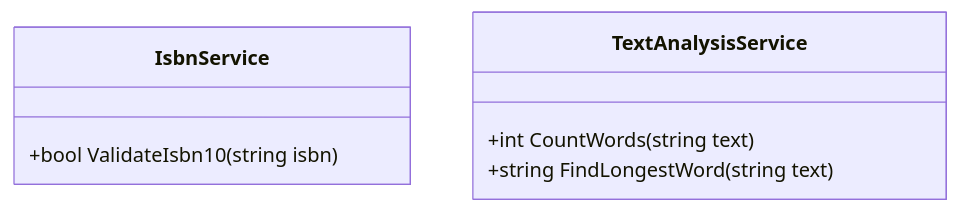
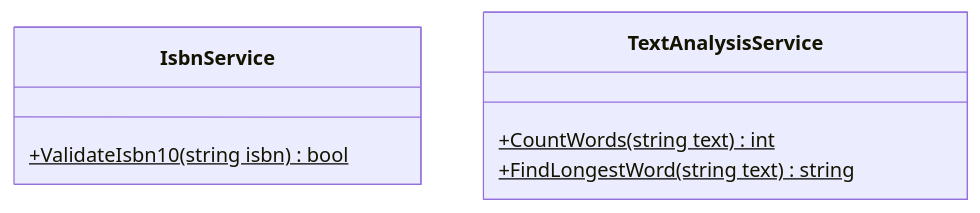
The diagram in 18_Algorithms/README.md (T-Boyke/C-Sharp-OOP-Fundamentals), drawn with Mermaid before and after one commit. The commit also changed other lines of this file and 12 other files, not shown here.

Commit message:
feat: Add initial C# algorithm project, including ISBN and text analysis services with unit tests.

````diff
--- a/18_Algorithms/README.md
+++ b/18_Algorithms/README.md
@@ -31,11 +25,11 @@
 ```mermaid
 classDiagram
     class IsbnService {
-        +bool ValidateIsbn10(string isbn)
+        +ValidateIsbn10(string isbn)$ bool
     }
 
     class TextAnalysisService {
-        +int CountWords(string text)
-        +string FindLongestWord(string text)
+        +CountWords(string text)$ int
+        +FindLongestWord(string text)$ string
     }
 ```
````
